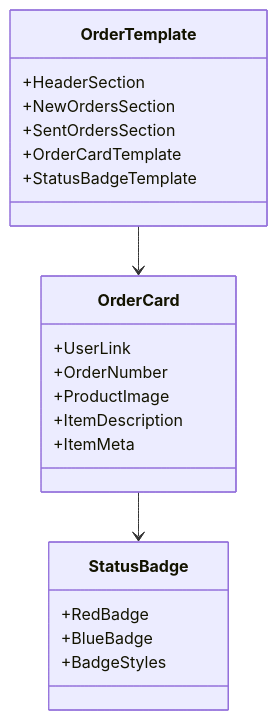
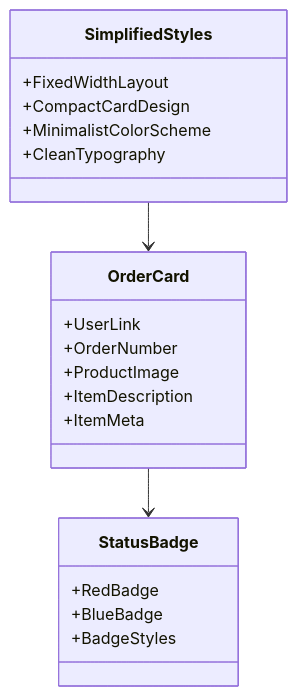
One commit to SY6621/POD-Order-Management changed the seventh of 13 diagrams in .qoder/repowiki/zh/content/开发指南/客服外链左侧栏模板.md. Above: the diagram before and after it, drawn with Mermaid. The commit also changed other lines of this file and 7 other files, not shown here.

````diff
--- a/.qoder/repowiki/zh/content/开发指南/客服外链左侧栏模板.md
+++ b/.qoder/repowiki/zh/content/开发指南/客服外链左侧栏模板.md
@@ -286,24 +258,23 @@
 ```mermaid
 classDiagram
-class OrderTemplate {
-+HeaderSection
-+NewOrdersSection
-+SentOrdersSection
-+OrderCardTemplate
-+StatusBadgeTemplate
+class SimplifiedStyles {
++FixedWidthLayout
++CompactCardDesign
++MinimalistColorScheme
++CleanTypography
 }
 class OrderCard {
 +UserLink
 +OrderNumber
 +ProductImage
 +ItemDescription
 +ItemMeta
 }
 class StatusBadge {
 +RedBadge
 +BlueBadge
 +BadgeStyles
 }
-OrderTemplate --> OrderCard
+SimplifiedStyles --> OrderCard
 OrderCard --> StatusBadge
 ```
````
